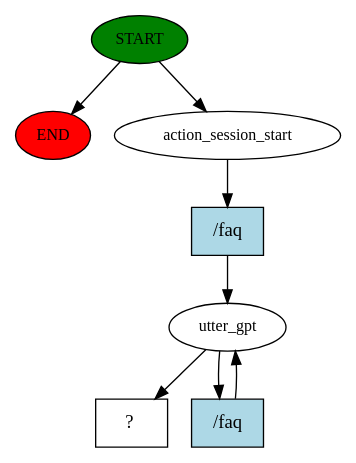
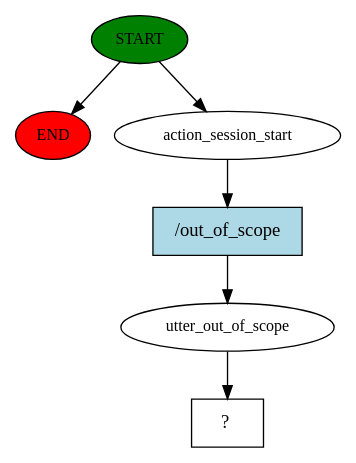
One commit to Gigit-AI-Corporation/rasa changed the diagram in story_graph.dot. Above: the diagram before and after it, drawn with Graphviz. The commit also changed 4 other files, not shown here.

Commit message:
added out-of-scope

```diff
--- a/story_graph.dot
+++ b/story_graph.dot
@@ -1,16 +1,13 @@
 digraph  {
 0 [class="start active", fillcolor=green, fontsize=12, label=START, style=filled];
 "-1" [class=end, fillcolor=red, fontsize=12, label=END, style=filled];
 1 [class=active, fontsize=12, label=action_session_start];
-2 [class=active, fontsize=12, label=utter_gpt];
-4 [class="intent dashed active", label="  ?  ", shape=rect];
-5 [class="intent active", fillcolor=lightblue, label="/faq", shape=rect, style=filled];
-6 [class="intent active", fillcolor=lightblue, label="/faq", shape=rect, style=filled];
+2 [class=active, fontsize=12, label=utter_out_of_scope];
+3 [class="intent dashed active", label="  ?  ", shape=rect];
+4 [class="intent active", fillcolor=lightblue, label="/out_of_scope", shape=rect, style=filled];
 0 -> "-1"  [class="", key=NONE, label=""];
 0 -> 1  [class=active, key=NONE, label=""];
-1 -> 5  [class=active, key=0];
-2 -> 4  [class=active, key=NONE, label=""];
-2 -> 6  [class=active, key=0];
-5 -> 2  [class=active, key=0];
-6 -> 2  [class=active, key=0];
+1 -> 4  [class=active, key=0];
+2 -> 3  [class=active, key=NONE, label=""];
+4 -> 2  [class=active, key=0];
 }
```
